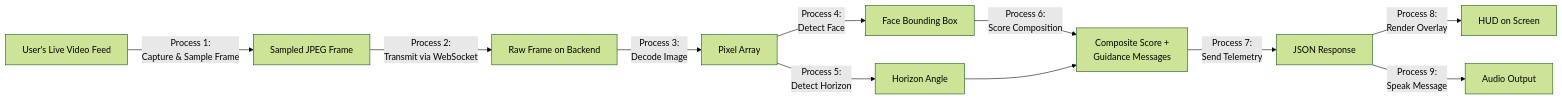
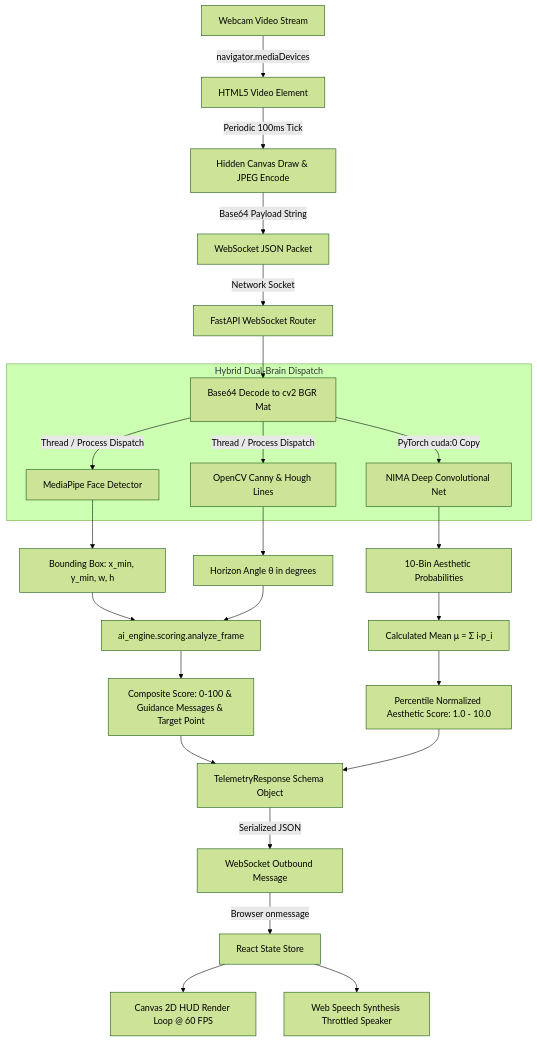
One commit to DevkumarTarkar/FrameSense-AI-Real-Time-Pre-Capture-Composition-Repositioning-Engine changed the third of 6 diagrams in FrameSense-AI-Design-Docs.md. Above: the diagram before and after it, drawn with Mermaid (forest theme). The commit also changed other lines of this file and 3 other files, not shown here.

Commit message:
docs: upgrade to v2.0 Dual-Brain Architecture specifications, design docs, tech stack and README

````diff
--- a/FrameSense-AI-Design-Docs.md
+++ b/FrameSense-AI-Design-Docs.md
@@ -88,13 +128,31 @@
 ```mermaid
-flowchart LR
-    A[User's Live Video Feed] -->|Process 1:<br/>Capture & Sample Frame| B[Sampled JPEG Frame]
-    B -->|Process 2:<br/>Transmit via WebSocket| C[Raw Frame on Backend]
-    C -->|Process 3:<br/>Decode Image| D[Pixel Array]
-    D -->|Process 4:<br/>Detect Face| E[Face Bounding Box]
-    D -->|Process 5:<br/>Detect Horizon| F[Horizon Angle]
-    E -->|Process 6:<br/>Score Composition| G[Composite Score +<br/>Guidance Messages]
-    F --> G
-    G -->|Process 7:<br/>Send Telemetry| H[JSON Response]
-    H -->|Process 8:<br/>Render Overlay| I[HUD on Screen]
-    H -->|Process 9:<br/>Speak Message| J[Audio Output]
+flowchart TD
+    A[Webcam Video Stream] -->|navigator.mediaDevices| B[HTML5 Video Element]
+    B -->|Periodic 100ms Tick| C[Hidden Canvas Draw & JPEG Encode]
+    C -->|Base64 Payload String| D[WebSocket JSON Packet]
+    D -->|Network Socket| E[FastAPI WebSocket Router]
+    
+    E --> F[Base64 Decode to cv2 BGR Mat]
+    
+    subgraph ParallelExecution["Hybrid Dual-Brain Dispatch"]
+        F -->|Thread / Process Dispatch| G[MediaPipe Face Detector]
+        F -->|Thread / Process Dispatch| H[OpenCV Canny & Hough Lines]
+        F -->|PyTorch cuda:0 Copy| I[NIMA Deep Convolutional Net]
+    end
+    
+    G --> J[Bounding Box: x_min, y_min, w, h]
+    H --> K[Horizon Angle θ in degrees]
+    I --> L[10-Bin Aesthetic Probabilities]
+    
+    J & K --> M[ai_engine.scoring.analyze_frame]
+    L --> N[Calculated Mean μ = Σ i·p_i]
+    
+    M --> O[Composite Score: 0-100 & Guidance Messages & Target Point]
+    N --> P[Percentile Normalized Aesthetic Score: 1.0 - 10.0]
+    
+    O & P --> Q[TelemetryResponse Schema Object]
+    Q -->|Serialized JSON| R[WebSocket Outbound Message]
+    R -->|Browser onmessage| S[React State Store]
+    S --> T[Canvas 2D HUD Render Loop @ 60 FPS]
+    S --> U[Web Speech Synthesis Throttled Speaker]
 ```
````
